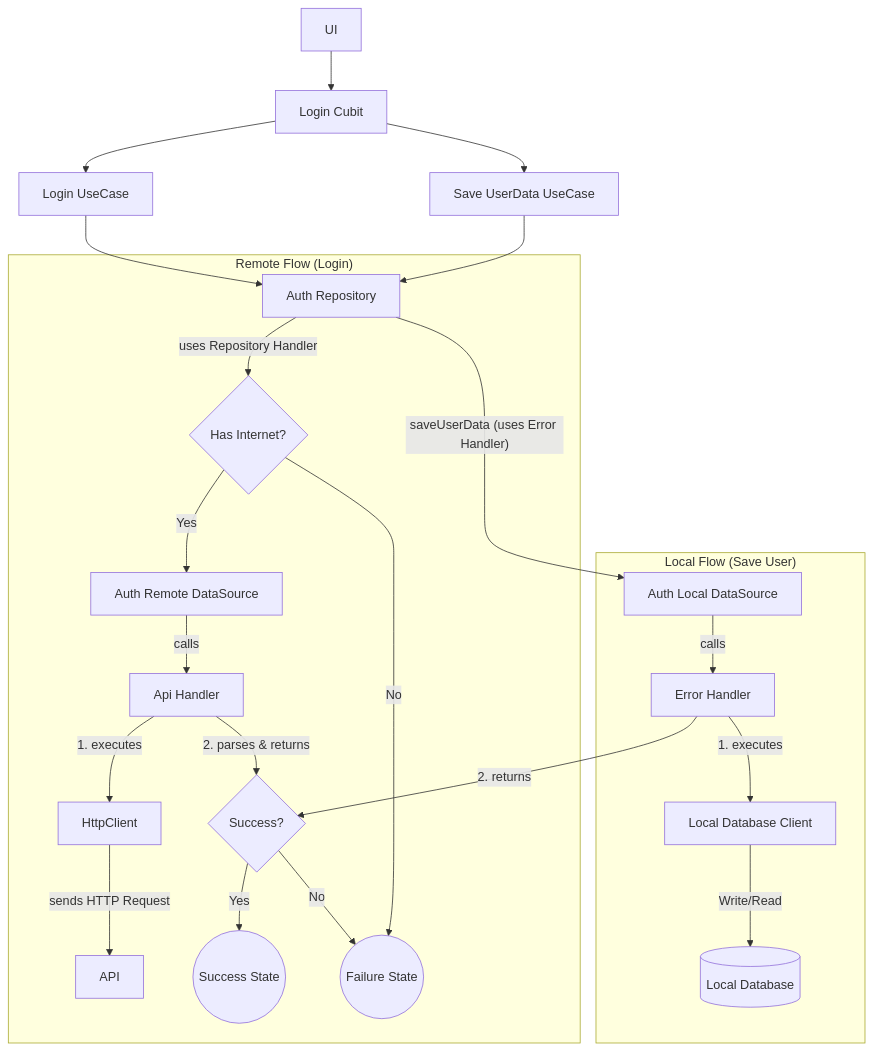
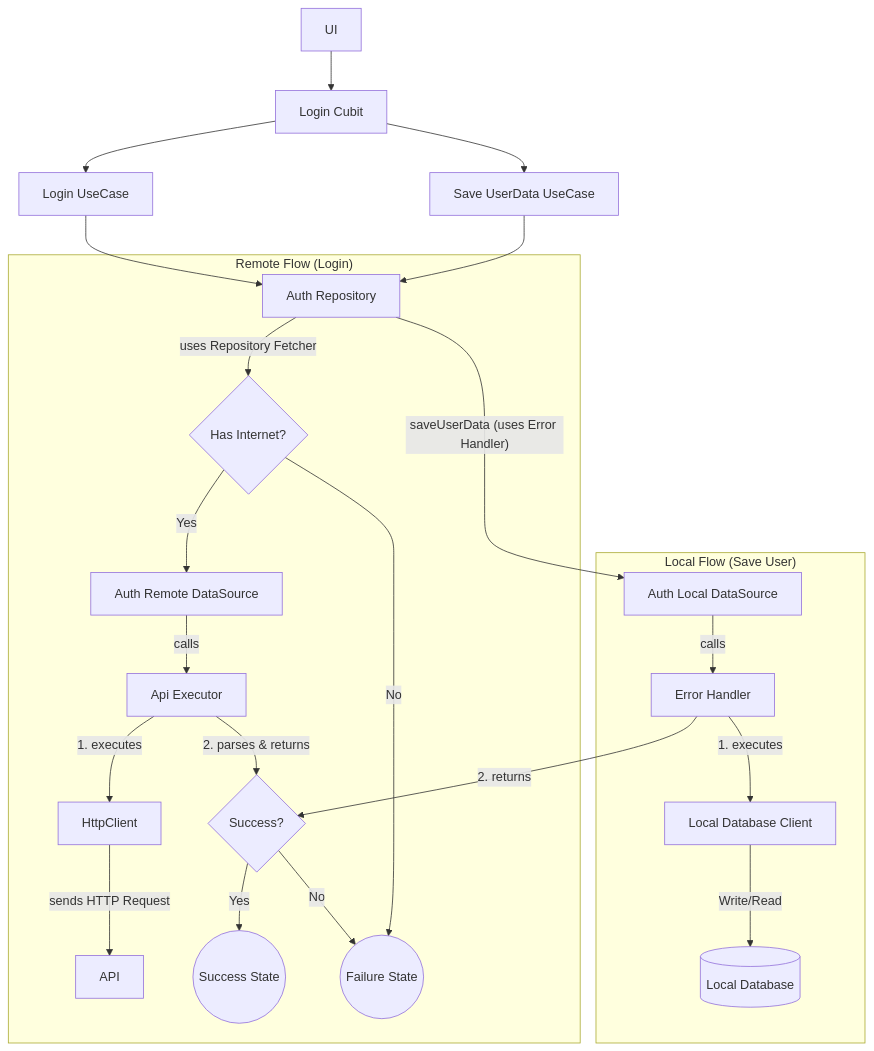
One commit to gaurishankar007/Flutter-Clean-Architecture changed the third of 3 diagrams in README.md. Above: the diagram before and after it, drawn with Mermaid. The commit also changed other lines of this file and 81 other files, not shown here.

Commit message:
refactor: overhaul core error handling architecture and migrate repository operations to centralized executors.

````diff
--- a/README.md
+++ b/README.md
@@ -401,27 +425,27 @@
 ```mermaid
 flowchart TD
     A[UI] --> B[Login Cubit]
     B --> C[Login UseCase] & D[Save UserData UseCase]
     C --> E[Auth Repository]
     D --> E
 
     subgraph "Remote Flow (Login)"
-        E -- "uses Repository Handler" --> F{Has Internet?}
+        E -- "uses Repository Fetcher" --> F{Has Internet?}
         F -- Yes --> G[Auth Remote DataSource]
-        G -- "calls" --> H[Api Handler]
+        G -- "calls" --> H[Api Executor]
         H -- "1. executes" --> I[HttpClient]
         I -- "sends HTTP Request" --> J[API]
         H -- "2. parses & returns" --> K{Success?}
         K -- Yes --> L((Success State))
         K -- No --> M((Failure State))
         F -- No --> M
     end
 
     subgraph "Local Flow (Save User)"
         E -- "saveUserData (uses Error Handler)" --> N[Auth Local DataSource]
         N -- "calls" --> O[Error Handler]
         O -- "1. executes" --> P[Local Database Client]
         P -- "Write/Read" --> Q[(Local Database)]
         O -- "2. returns" --> K
     end
 ```
````
